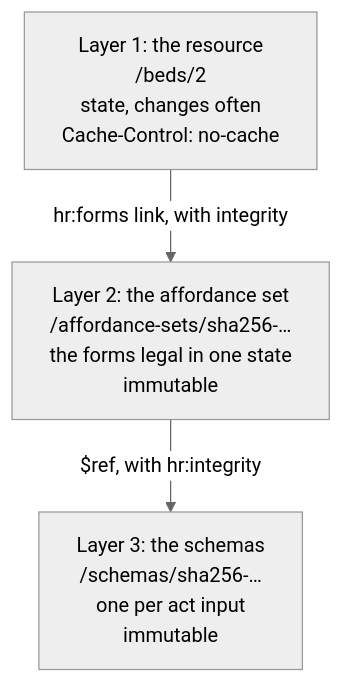
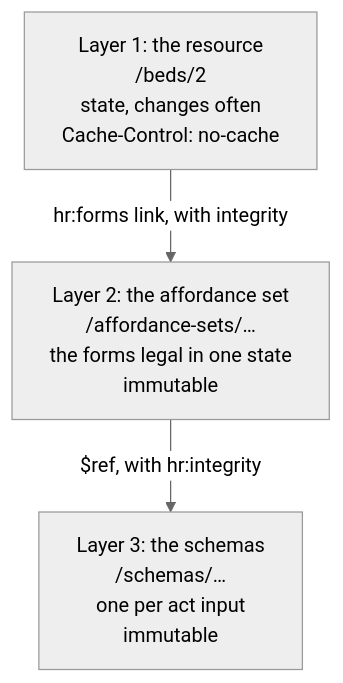
The second of 12 diagrams in heart/ARCHITECTURE.md (JogoShugh/heart-rise-artie), drawn with Mermaid (neutral theme) before and after one commit. The commit also changed other lines of this file and 16 other files, not shown here.

````diff
--- a/heart/ARCHITECTURE.md
+++ b/heart/ARCHITECTURE.md
@@ -96,8 +96,8 @@
 ```mermaid
 flowchart TB
   L1["Layer 1: the resource<br/>/beds/2<br/>state, changes often<br/>Cache-Control: no-cache"]
-  L2["Layer 2: the affordance set<br/>/affordance-sets/sha256-…<br/>the forms legal in one state<br/>immutable"]
-  L3["Layer 3: the schemas<br/>/schemas/sha256-…<br/>one per act input<br/>immutable"]
+  L2["Layer 2: the affordance set<br/>/affordance-sets/…<br/>the forms legal in one state<br/>immutable"]
+  L3["Layer 3: the schemas<br/>/schemas/…<br/>one per act input<br/>immutable"]
   L1 -->|"hr:forms link, with integrity"| L2
   L2 -->|"$ref, with hr:integrity"| L3
 ```
````
